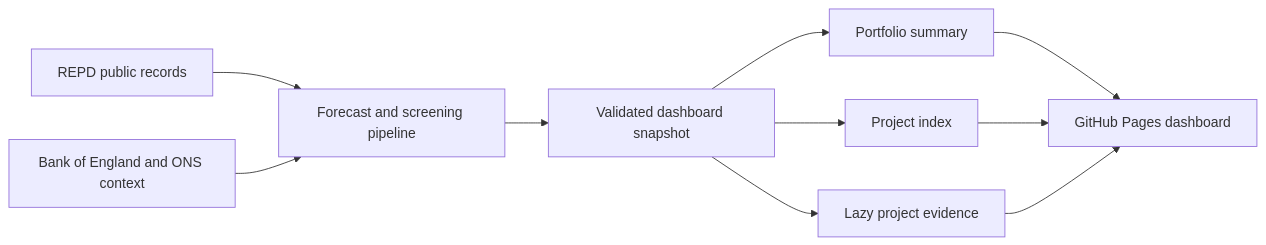
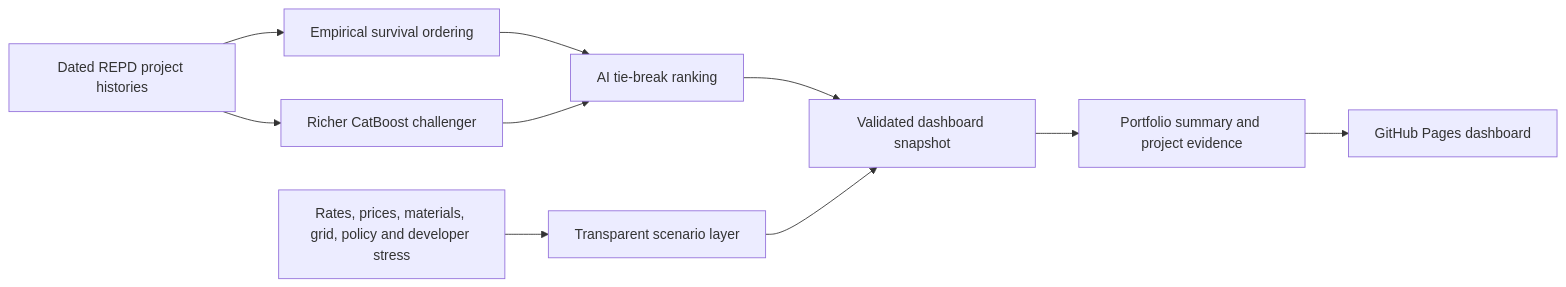
The diagram in README.md (uk-renewable-intelligence/uk-renewable-intelligence.github.io), drawn with Mermaid before and after one commit. The commit also changed other lines of this file and 12 other files, not shown here.

````diff
--- a/README.md
+++ b/README.md
@@ -31,12 +33,12 @@
 ```mermaid
 flowchart LR
-    A["REPD public records"] --> B["Forecast and screening pipeline"]
-    C["Bank of England and ONS context"] --> B
-    B --> D["Validated dashboard snapshot"]
-    D --> E["Portfolio summary"]
-    D --> F["Project index"]
-    D --> G["Lazy project evidence"]
-    E --> H["GitHub Pages dashboard"]
-    F --> H
-    G --> H
+    A["Dated REPD project histories"] --> B["Empirical survival ordering"]
+    A --> C["Richer CatBoost challenger"]
+    B --> D["AI tie-break ranking"]
+    C --> D
+    E["Rates, prices, materials, grid, policy and developer stress"] --> F["Transparent scenario layer"]
+    D --> G["Validated dashboard snapshot"]
+    F --> G
+    G --> H["Portfolio summary and project evidence"]
+    H --> I["GitHub Pages dashboard"]
 ```
````
